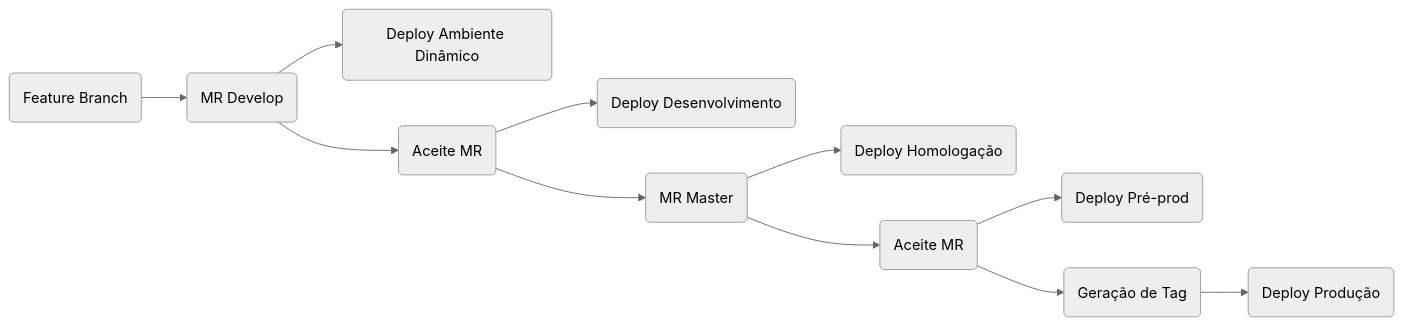
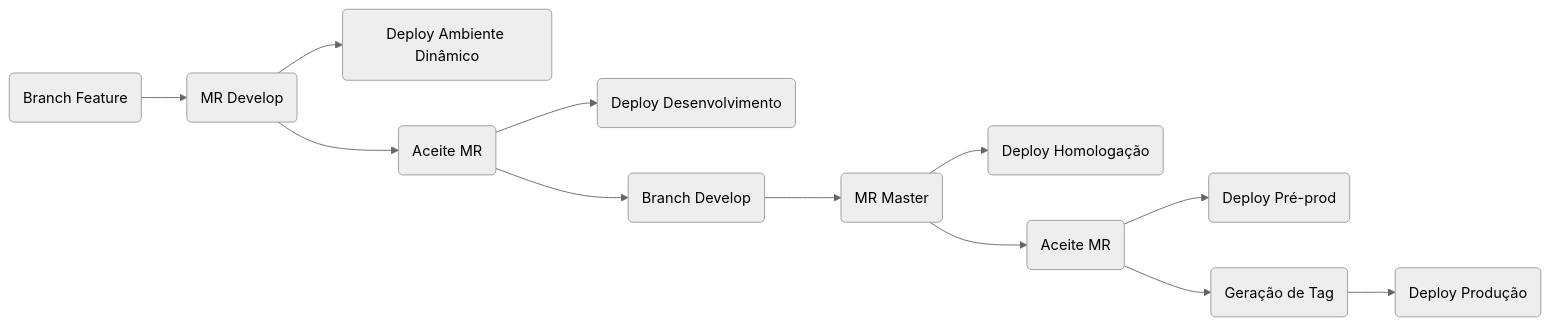
Before and after one commit to CAPES/guia: the diagram in cgs/repo-gitlab/pipeline.md, drawn with Mermaid (neutral theme).

````diff
--- a/cgs/repo-gitlab/pipeline.md
+++ b/cgs/repo-gitlab/pipeline.md
@@ -33,13 +33,14 @@
 ```mermaid
 graph LR
-    B(Feature Branch) --> C(MR Develop)
+    B(Branch Feature) --> C(MR Develop)
     C --> C1(Deploy Ambiente Dinâmico)
     C --> D(Aceite MR)
-    D --> E(Deploy Desenvolvimento)
-    D --> F(MR Master)
+    D --> E1(Deploy Desenvolvimento)
+    D --> E(Branch Develop)
+    E --> F(MR Master)
     F --> F1(Deploy Homologação)
     F --> G(Aceite MR)
     G --> G1(Deploy Pré-prod)
     G --> H(Geração de Tag)
     H --> I(Deploy Produção)    
 ```
````
